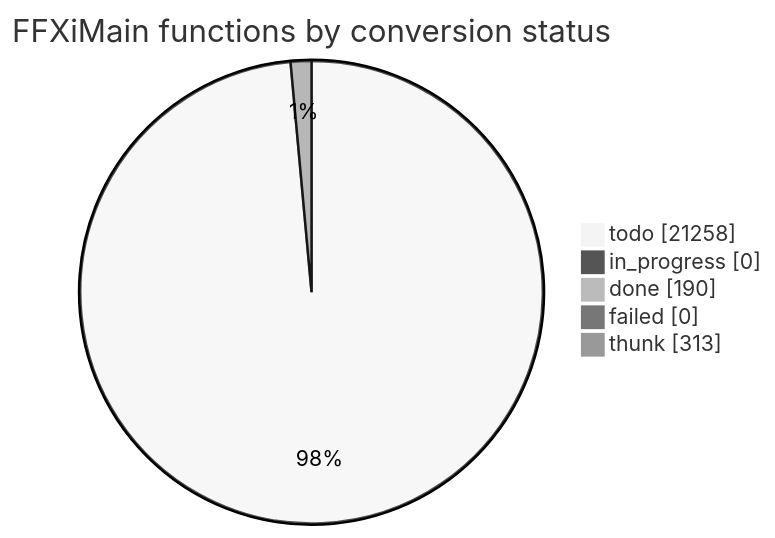
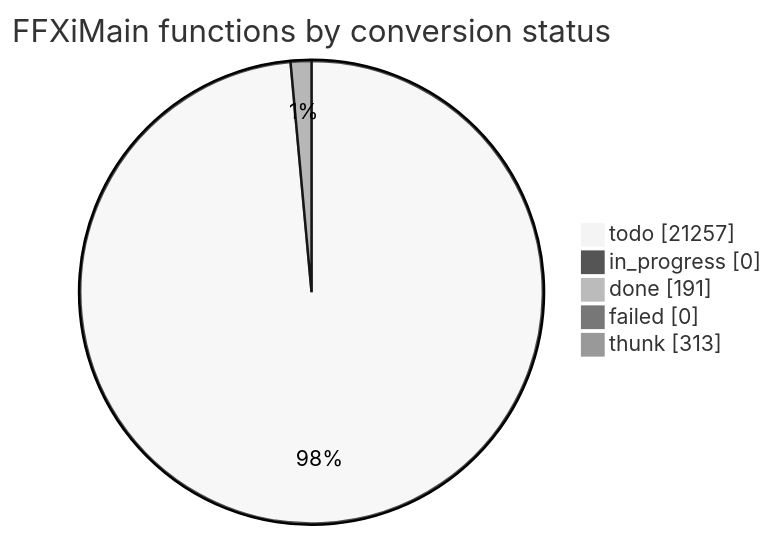
One commit to cowrevenge/cow_kuluu_xi_anything changed the diagram in docs/cow/STATUS.md. Above: the diagram before and after it, drawn with Mermaid (neutral theme). The commit also changed other lines of this file and 9 other files, not shown here.

````diff
--- a/docs/cow/STATUS.md
+++ b/docs/cow/STATUS.md
@@ -18,9 +18,9 @@
 ```mermaid
 pie showData
     title FFXiMain functions by conversion status
-    "todo" : 21258
+    "todo" : 21257
     "in_progress" : 0
-    "done" : 190
+    "done" : 191
     "failed" : 0
     "thunk" : 313
 ```
````
